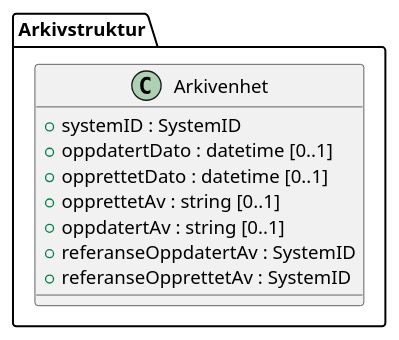
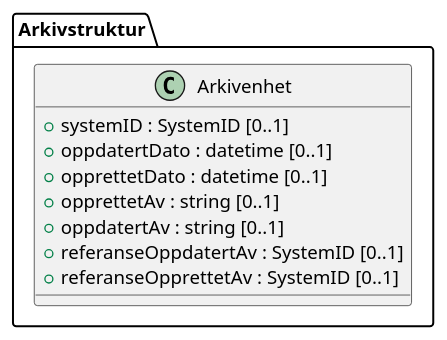
Before and after one commit to arkivverket/noark5-tjenestegrensesnitt-standard: the diagram in kapitler/media/uml-class-arkivenhet.iuml, drawn with PlantUML. The commit also changed 2 other files, not shown here.

Commit message:
Revert "SystemID cardinality is changed, p.38"
This reverts commit 0dc4fdaedd325d74692f0aecd1fa4387e3c1f07a.

```diff
--- a/kapitler/media/uml-class-arkivenhet.iuml
+++ b/kapitler/media/uml-class-arkivenhet.iuml
@@ -1,11 +1,11 @@
 @startuml
 class Arkivstruktur.Arkivenhet {
-  +systemID : SystemID
+  +systemID : SystemID [0..1]
   +oppdatertDato : datetime [0..1]
   +opprettetDato : datetime [0..1]
   +opprettetAv : string [0..1]
   +oppdatertAv : string [0..1]
-  +referanseOppdatertAv : SystemID
-  +referanseOpprettetAv : SystemID
+  +referanseOppdatertAv : SystemID [0..1]
+  +referanseOpprettetAv : SystemID [0..1]
 }
 @enduml
```
